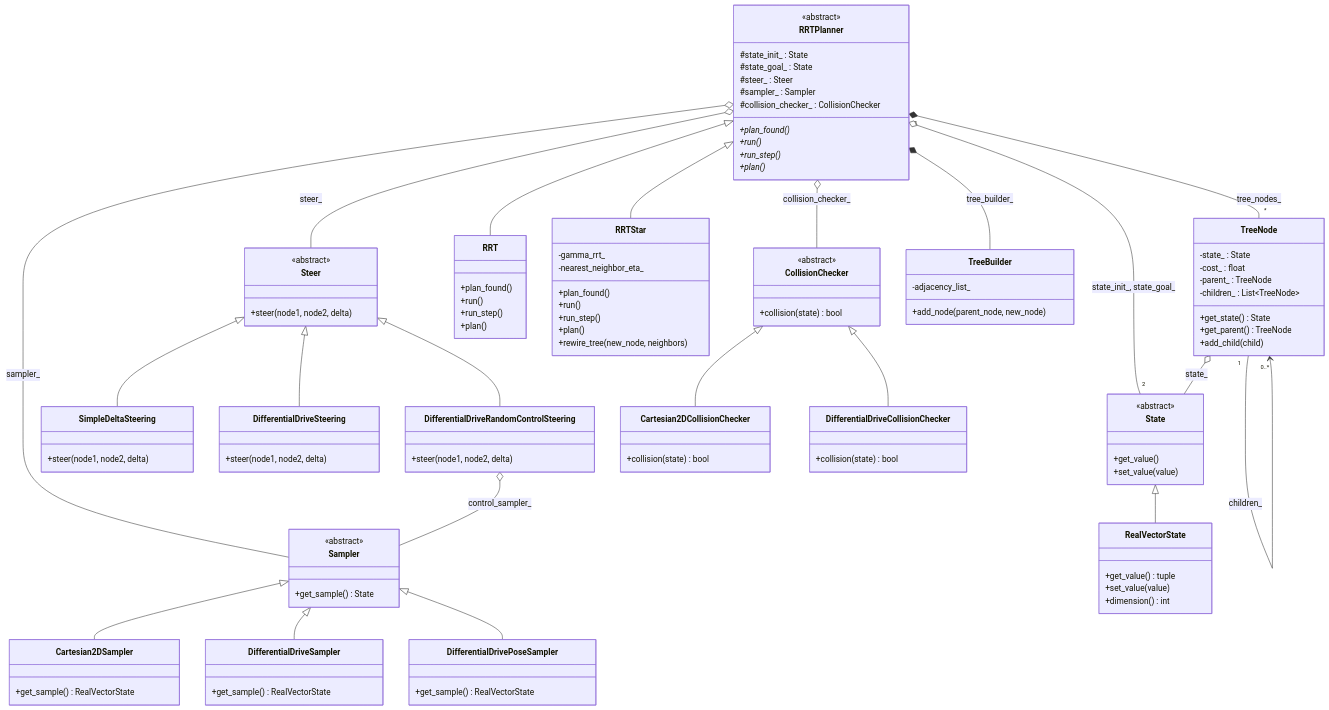
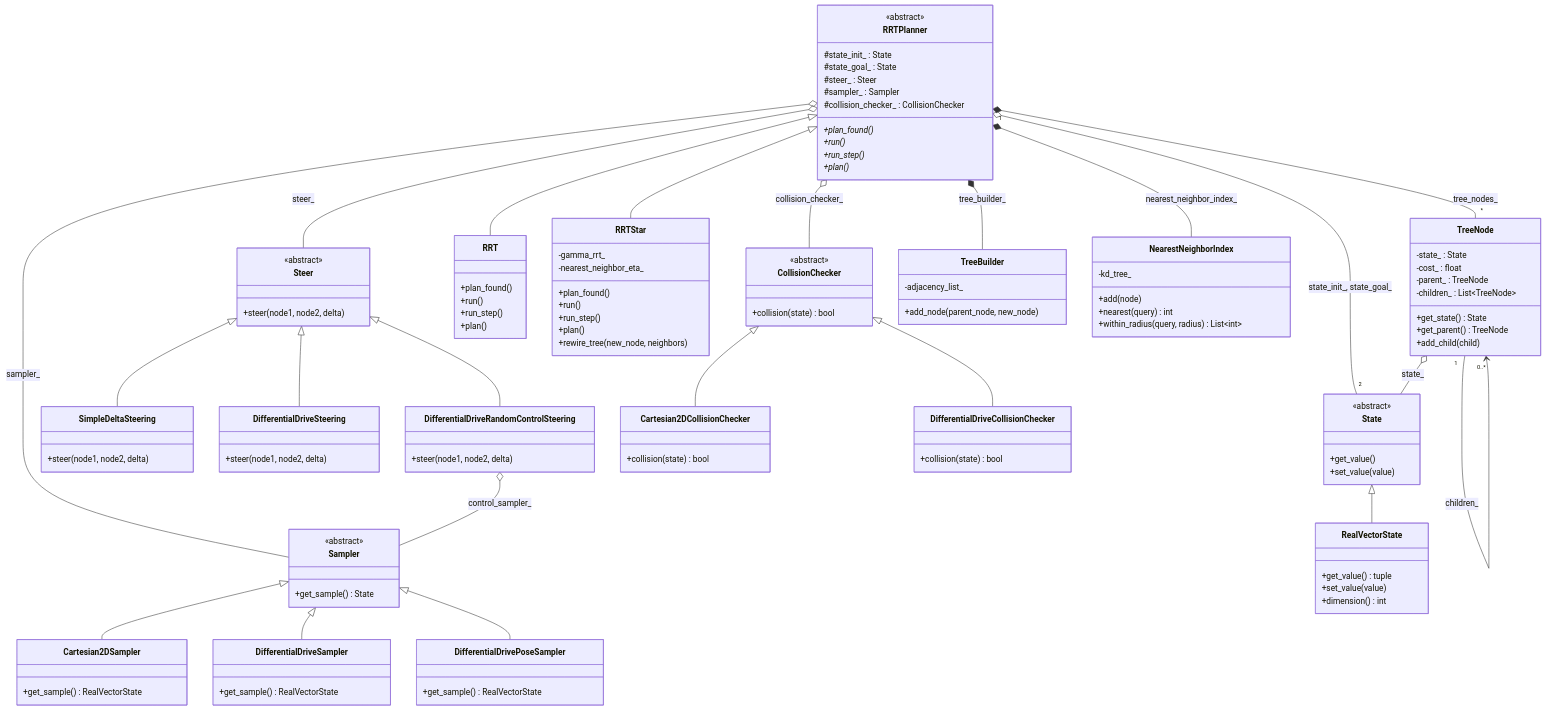
Before and after one commit to marcos-pereira/rrt-motion-planner: the diagram in docs/uml-class-diagram.md, drawn with Mermaid. The commit also changed other lines of this file and 6 other files, not shown here.

```diff
--- a/docs/uml-class-diagram.md
+++ b/docs/uml-class-diagram.md
@@ -132,6 +132,12 @@
         -adjacency_list_
         +add_node(parent_node, new_node)
     }
+    class NearestNeighborIndex {
+        -kd_tree_
+        +add(node)
+        +nearest(query) int
+        +within_radius(query, radius) List~int~
+    }
 
     %% ---- Composition / usage relationships ----
     RRTPlanner o-- "2" State : state_init_, state_goal_
@@ -139,6 +145,7 @@
     RRTPlanner o-- Sampler : sampler_
     RRTPlanner o-- CollisionChecker : collision_checker_
     RRTPlanner *-- TreeBuilder : tree_builder_
+    RRTPlanner *-- NearestNeighborIndex : nearest_neighbor_index_
     RRTPlanner "1" *-- "*" TreeNode : tree_nodes_
     TreeNode o-- State : state_
     TreeNode "1" --> "0..*" TreeNode : children_
```
